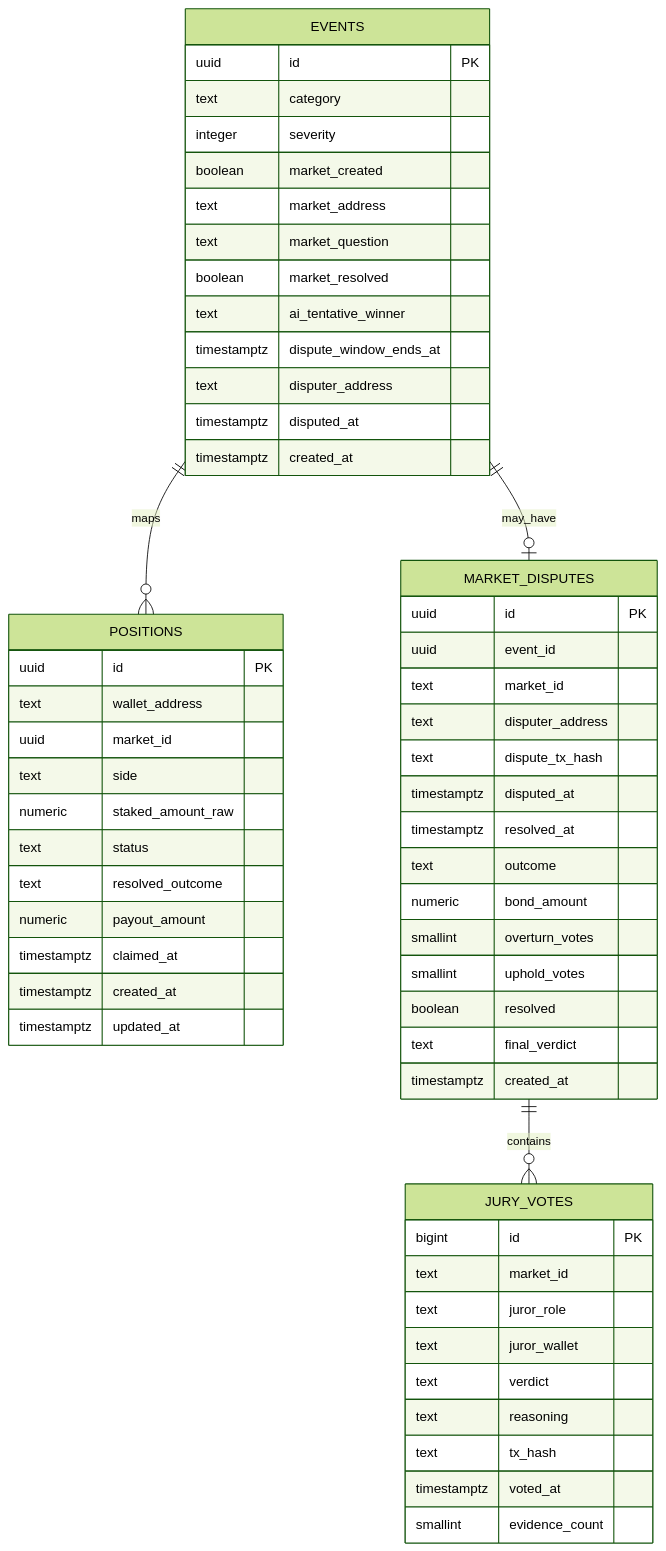
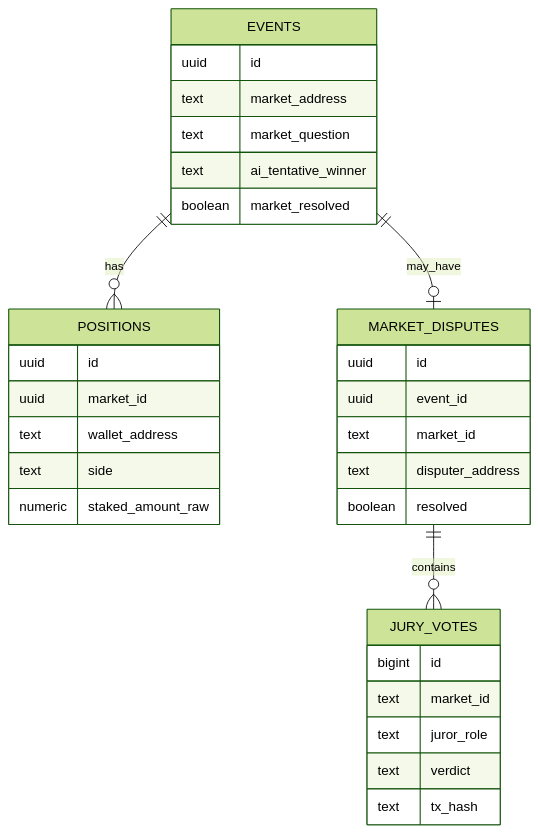
One commit to blocknine0/geomacro changed the sixth of 9 diagrams in README.md. Above: the diagram before and after it, drawn with Mermaid (forest theme). The commit also changed other lines of this file, not shown here.

````diff
--- a/README.md
+++ b/README.md
@@ -609,64 +311,38 @@
 ```mermaid
 erDiagram
-    EVENTS ||--o{ POSITIONS : maps
+    EVENTS ||--o{ POSITIONS : has
     EVENTS ||--o| MARKET_DISPUTES : may_have
     MARKET_DISPUTES ||--o{ JURY_VOTES : contains
 
     EVENTS {
-        uuid id PK
-        text category
-        integer severity
-        boolean market_created
+        uuid id
         text market_address
         text market_question
+        text ai_tentative_winner
         boolean market_resolved
-        text ai_tentative_winner
-        timestamptz dispute_window_ends_at
-        text disputer_address
-        timestamptz disputed_at
-        timestamptz created_at
     }
 
     POSITIONS {
-        uuid id PK
+        uuid id
+        uuid market_id
         text wallet_address
-        uuid market_id
         text side
         numeric staked_amount_raw
-        text status
-        text resolved_outcome
-        numeric payout_amount
-        timestamptz claimed_at
-        timestamptz created_at
-        timestamptz updated_at
     }
 
     MARKET_DISPUTES {
-        uuid id PK
+        uuid id
         uuid event_id
         text market_id
         text disputer_address
-        text dispute_tx_hash
-        timestamptz disputed_at
-        timestamptz resolved_at
-        text outcome
-        numeric bond_amount
-        smallint overturn_votes
-        smallint uphold_votes
         boolean resolved
-        text final_verdict
-        timestamptz created_at
     }
 
     JURY_VOTES {
-        bigint id PK
+        bigint id
         text market_id
         text juror_role
-        text juror_wallet
         text verdict
-        text reasoning
         text tx_hash
-        timestamptz voted_at
-        smallint evidence_count
     }
 ```
````
